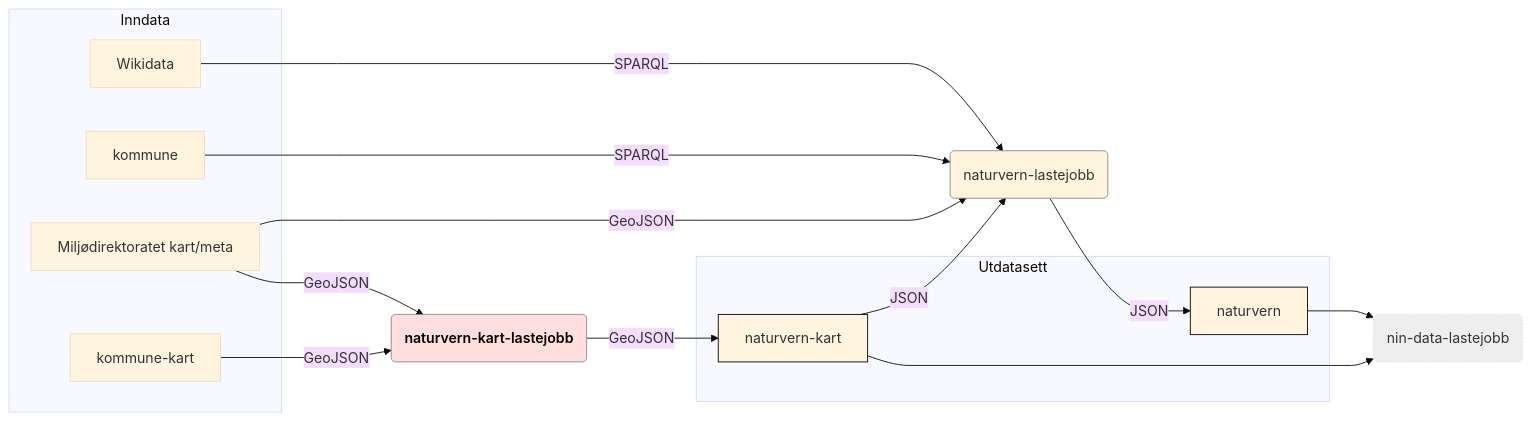
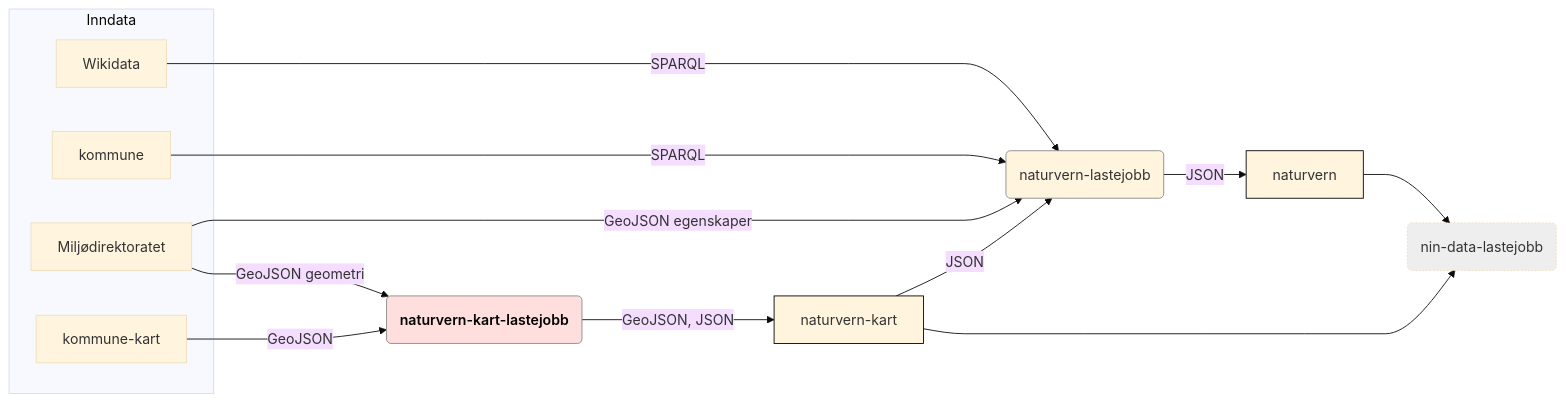
The diagram in doc/flytdiagram.md (Artsdatabanken/naturvern-kart-lastejobb), drawn with Mermaid (base theme) before and after one commit. The commit also changed 1 other file, not shown here.

Commit message:
Beskriv datatype

````diff
--- a/doc/flytdiagram.md
+++ b/doc/flytdiagram.md
@@ -1,47 +1,45 @@
 ```mermaid
 
 graph LR;
   linkStyle default interpolate monotoneX
     subgraph Inndata
       kommune[kommune]
       kommune-kart[kommune-kart]
       wikidata[Wikidata]
-      mdir[Miljødirektoratet kart/meta]
+      mdir[Miljødirektoratet]
     end
       naturvern-kart-lastejobb(naturvern-kart-lastejobb)
       naturvern-lastejobb(naturvern-lastejobb)
-    subgraph Utdatasett
-      naturvern-kart[naturvern-kart]
-      naturvern[naturvern]
-    end
+    naturvern-kart[naturvern-kart]
+    naturvern[naturvern]
     wikidata-->|SPARQL|naturvern-lastejobb;
     kommune-->|SPARQL|naturvern-lastejobb;
-    mdir-->|GeoJSON|naturvern-lastejobb;
-    mdir-->|GeoJSON|naturvern-kart-lastejobb;
-    naturvern-kart-lastejobb-->|GeoJSON|naturvern-kart;
+    mdir-->|GeoJSON egenskaper|naturvern-lastejobb;
+    mdir-->|GeoJSON geometri|naturvern-kart-lastejobb;
+    naturvern-kart-lastejobb-->|GeoJSON, JSON|naturvern-kart;
     naturvern-kart-->|JSON|naturvern-lastejobb;
     naturvern-lastejobb-->|JSON|naturvern;
     kommune-kart-->|GeoJSON|naturvern-kart-lastejobb(naturvern-kart-lastejobb);
     naturvern-->nin-data-lastejobb(nin-data-lastejobb);
     naturvern-kart-->nin-data-lastejobb(nin-data-lastejobb);
     click naturvern-lastejobb "https://github.com/Artsdatabanken/naturvern-lastejobb" "_"
     click naturvern "https://github.com/Artsdatabanken/naturvern" "_"
     click naturvern-kart "https://github.com/Artsdatabanken/naturvern-kart" "_"
     click naturvern-kart-lastejobb "https://github.com/Artsdatabanken/naturvern-kart-lastejobb" "_"
     click kommune-kart "https://github.com/Artsdatabanken/kommune-kart" "_"
     click wikidata "https://www.wikidata.org/wiki/Q15284" "_"
     click mdir "https://www.mdir.no" "_"
 
 class naturvern-kart-lastejobb focus
 class kommune,wikidata,mdir data
 class naturvern,naturvern-kart, utdata
 class naturvern-lastejobb,xnaturvern-kart-lastejobb lastejobb
 class nin-data-lastejobb next
 classDef focusx stroke:#888,stroke-width:3px,font-weight:600;
 classDef focus color:#000,fill:#ffdede,stroke:#888,stroke-widthx:3px,font-weight:600;
 classDef data fillx:#ffd;
 classDef lastejobb fillx:#fff,stroke:#888;
 classDef utdata fillx:#ffa,stroke:#000;
 classDef next fill:#eee,stroke-dasharray: 2, 2;
 
 ```
````
